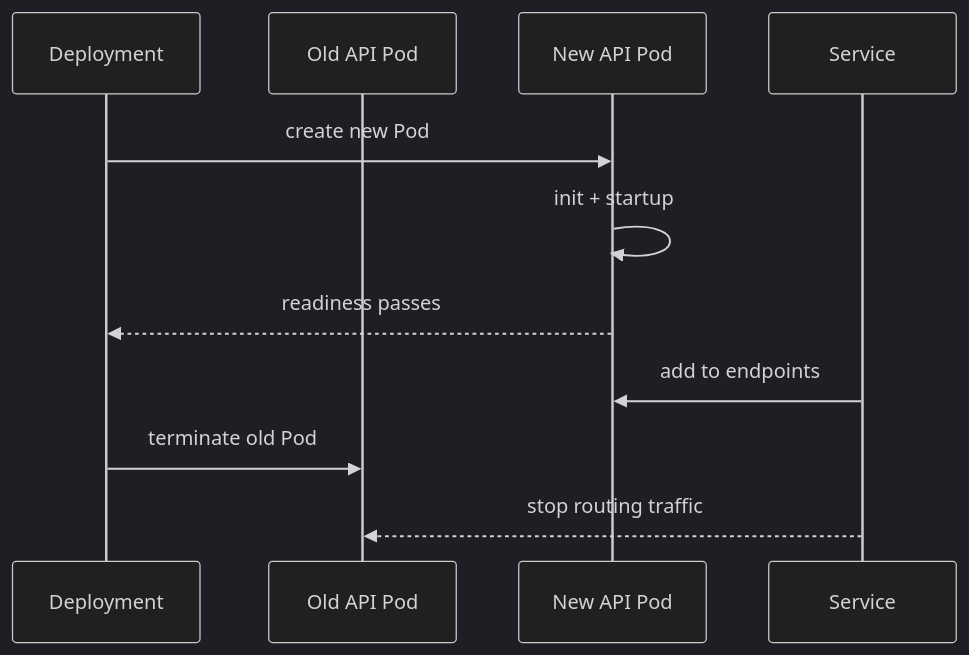
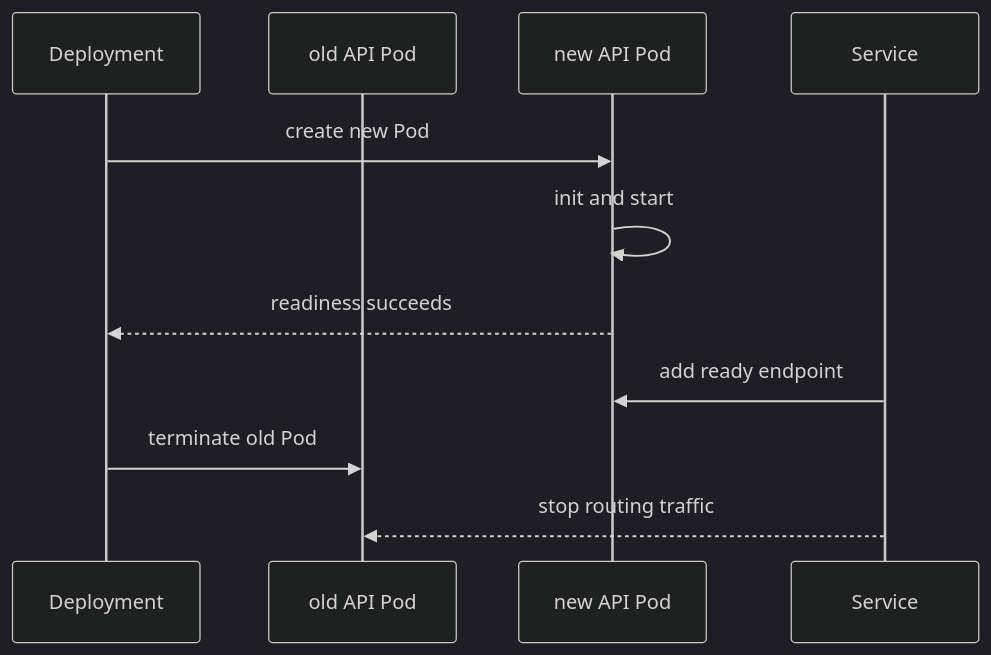
Diagram 14 of 14 in docs/KUBERNETES.md (Jstarzz/geotagger), drawn with Mermaid (dark theme) before and after one commit. The commit also changed other lines of this file, not shown here.

Commit message:
docs: fix Mermaid and tighten Kubernetes guide

````diff
--- a/docs/KUBERNETES.md
+++ b/docs/KUBERNETES.md
@@ -549,14 +319,13 @@
 ```mermaid
 sequenceDiagram
     participant D as Deployment
-    participant O as Old API Pod
-    participant N as New API Pod
+    participant O as old API Pod
+    participant N as new API Pod
     participant S as Service
-
     D->>N: create new Pod
-    N->>N: init + startup
-    N-->>D: readiness passes
-    S->>N: add to endpoints
+    N->>N: init and start
+    N-->>D: readiness succeeds
+    S->>N: add ready endpoint
     D->>O: terminate old Pod
     S-->>O: stop routing traffic
 ```
````
